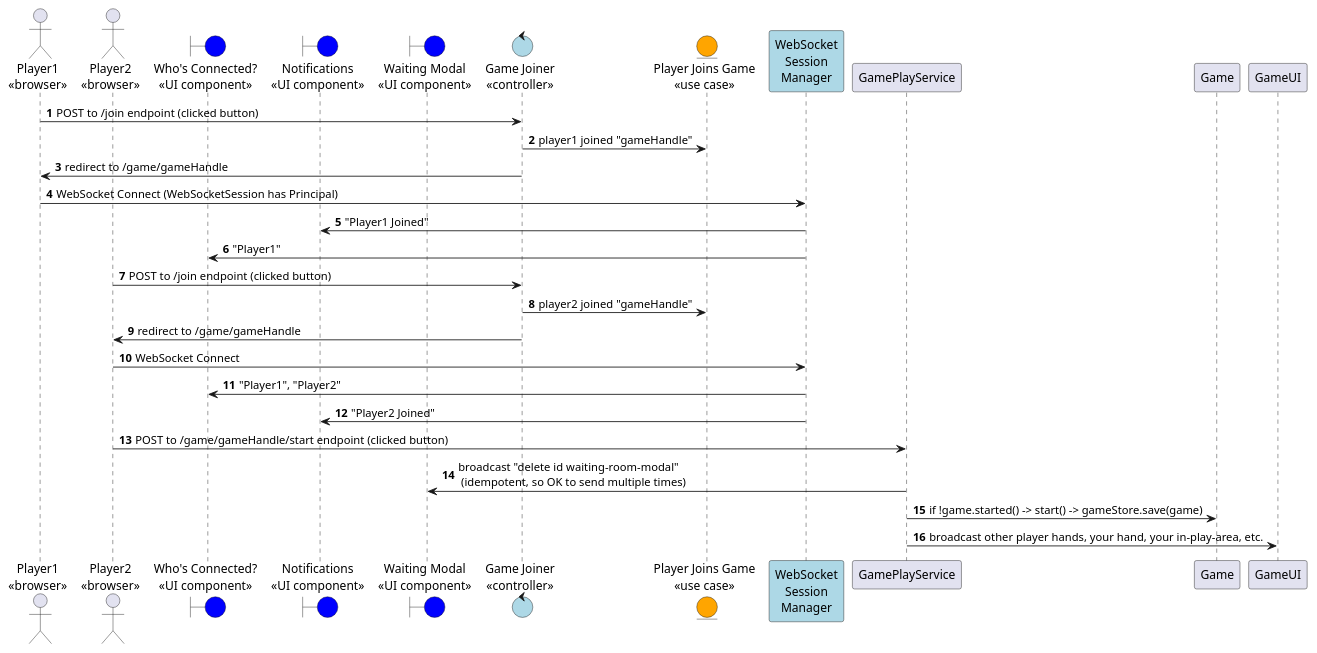
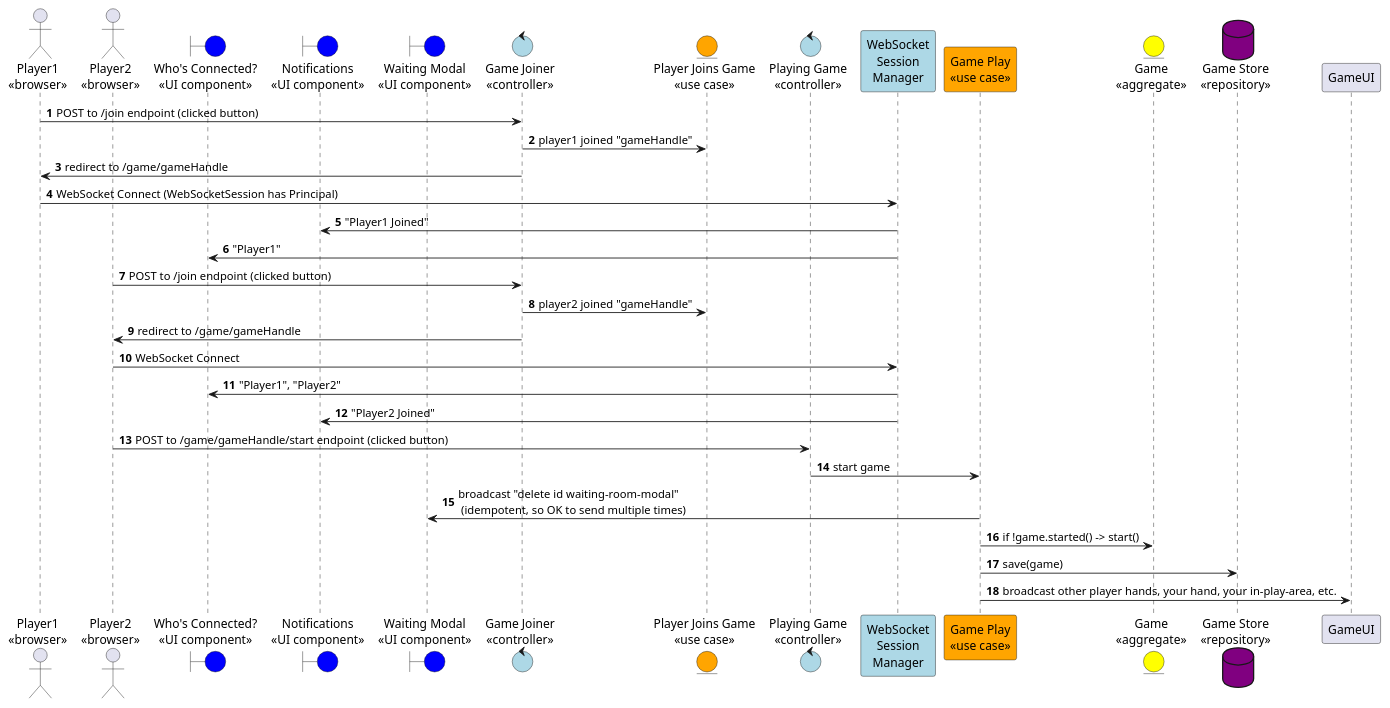
Before and after one commit to jitterted/tdd-game: the diagram in diagrams-docs/join-websocket-sequence.puml, drawn with PlantUML. The commit also changed 2 other files, not shown here.

Commit message:
Updated join sequence to include more detail around starting a game

```diff
--- a/diagrams-docs/join-websocket-sequence.puml
+++ b/diagrams-docs/join-websocket-sequence.puml
@@ -1,34 +1,40 @@
 @startuml
 'https://plantuml.com/sequence-diagram
 
 autonumber
 
 actor "Player1\n<<browser>>" as Player1
 actor "Player2\n<<browser>>" as Player2
 boundary "Who's Connected?\n<<UI component>>" as WhoHere #blue
 boundary "Notifications\n<<UI component>>" as Notifications #blue
 boundary "Waiting Modal\n<<UI component>>" as WaitingRoom #blue
 control "Game Joiner\n<<controller>>" as GameJoiner #lightblue
 entity "Player Joins Game\n<<use case>>" as PlayerJoinsGame #orange
+control "Playing Game\n<<controller>>" as PlayingGame #lightblue
 participant "WebSocket\nSession\nManager" as WebSocketMgr #lightblue
+participant "Game Play\n<<use case>>" as GamePlayService #orange
+entity "Game\n<<aggregate>>" as Game #yellow
+database "Game Store\n<<repository>>" as GameStore #purple
 
 Player1 -> GameJoiner: POST to /join endpoint (clicked button)
 GameJoiner -> PlayerJoinsGame: player1 joined "gameHandle"
 GameJoiner -> Player1: redirect to /game/gameHandle
 Player1 -> WebSocketMgr: WebSocket Connect (WebSocketSession has Principal)
 WebSocketMgr -> Notifications: "Player1 Joined"
 WebSocketMgr -> WhoHere: "Player1"
 
 Player2 -> GameJoiner: POST to /join endpoint (clicked button)
 GameJoiner -> PlayerJoinsGame: player2 joined "gameHandle"
 GameJoiner -> Player2: redirect to /game/gameHandle
 Player2 -> WebSocketMgr: WebSocket Connect
 WebSocketMgr -> WhoHere: "Player1", "Player2"
 WebSocketMgr -> Notifications: "Player2 Joined"
 
-Player2 -> GamePlayService: POST to /game/gameHandle/start endpoint (clicked button)
+Player2 -> PlayingGame: POST to /game/gameHandle/start endpoint (clicked button)
+PlayingGame -> GamePlayService: start game
 GamePlayService -> WaitingRoom: broadcast "delete id waiting-room-modal" \n (idempotent, so OK to send multiple times)
-GamePlayService -> Game: if !game.started() -> start() -> gameStore.save(game)
+GamePlayService -> Game: if !game.started() -> start()
+GamePlayService -> GameStore: save(game)
 GamePlayService -> GameUI: broadcast other player hands, your hand, your in-play-area, etc.
 
 @enduml
```
